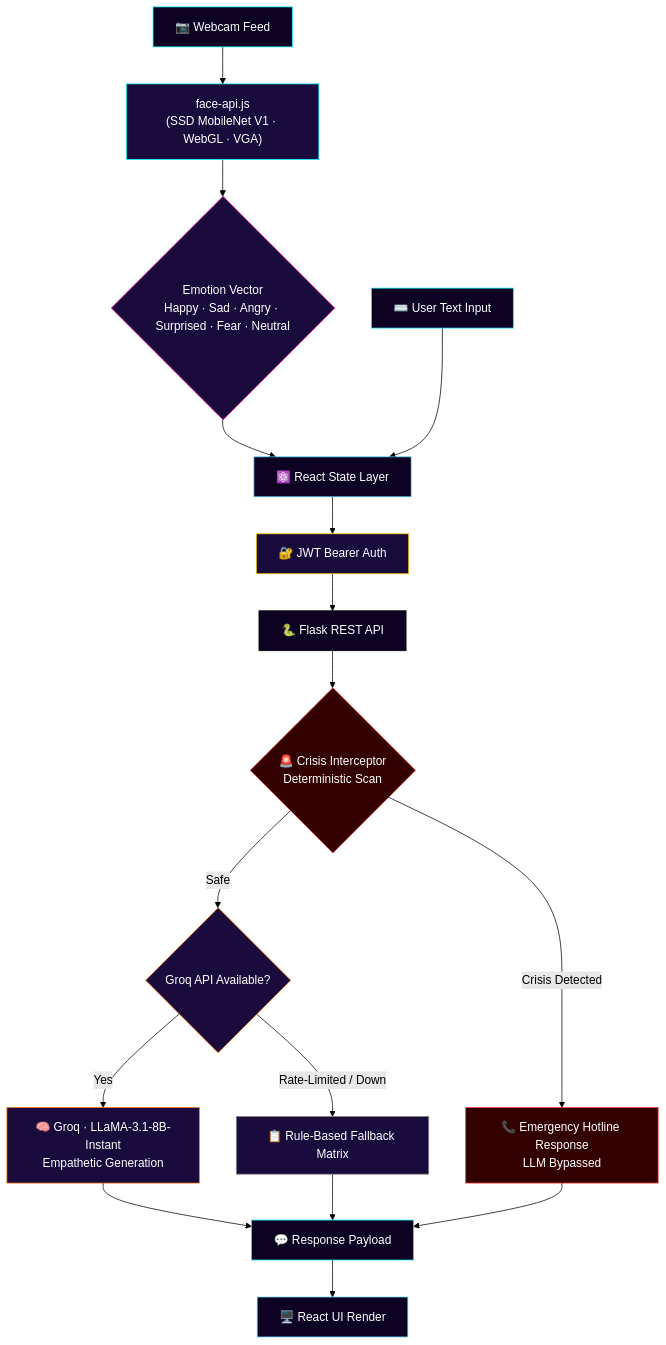
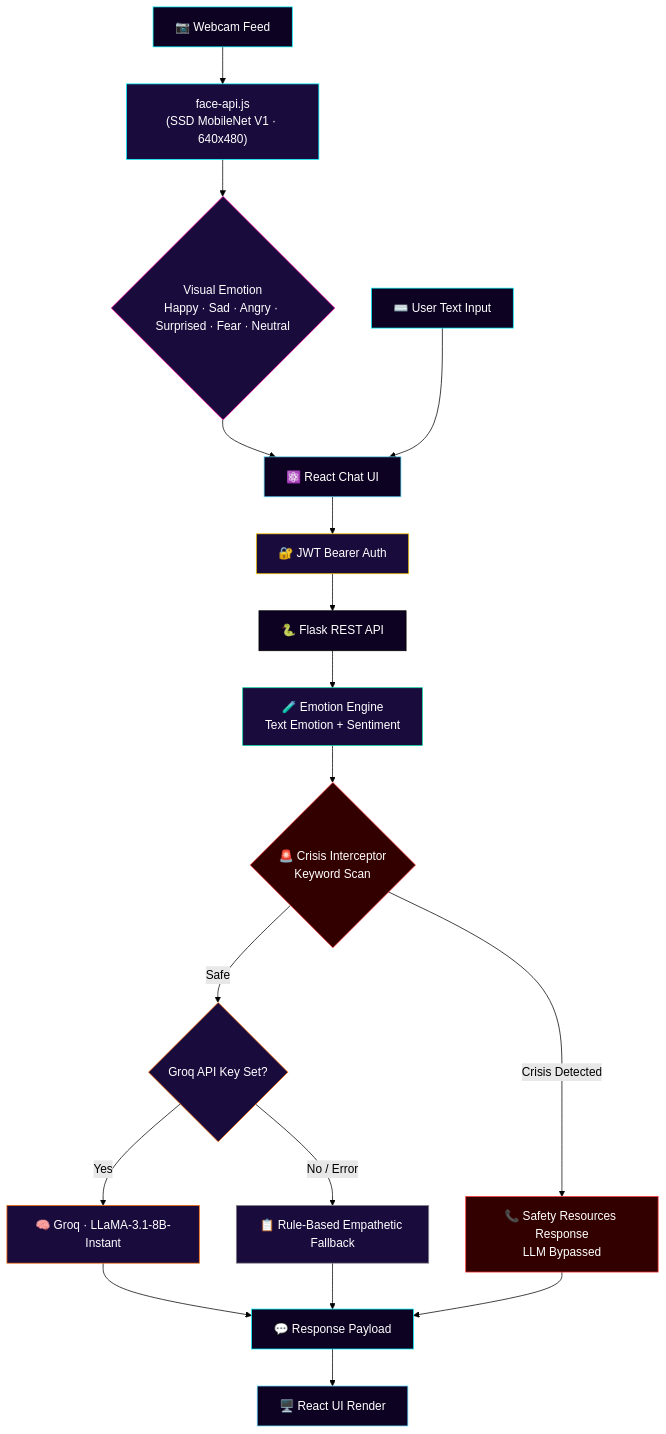
One commit to Madhavan-dev18/Emotion-Aware-AI-Chat-Bot changed the diagram in README.md. Above: the diagram before and after it, drawn with Mermaid (forest theme). The commit also changed other lines of this file, not shown here.

````diff
--- a/README.md
+++ b/README.md
@@ -102,33 +101,35 @@
 ```mermaid
 flowchart TD
-    A[📷 Webcam Feed] --> B["face-api.js<br/>(SSD MobileNet V1 · WebGL · VGA)"]
-    B --> C{Emotion Vector<br/>Happy · Sad · Angry · Surprised · Fear · Neutral}
-    C --> D[⚛️ React State Layer]
+    A[📷 Webcam Feed] --> B["face-api.js<br/>(SSD MobileNet V1 · 640x480)"]
+    B --> C{Visual Emotion<br/>Happy · Sad · Angry · Surprised · Fear · Neutral}
+    C --> D[⚛️ React Chat UI]
     U[⌨️ User Text Input] --> D
     D --> E[🔐 JWT Bearer Auth]
     E --> F[🐍 Flask REST API]
-    F --> G{🚨 Crisis Interceptor<br/>Deterministic Scan}
-    G -->|Crisis Detected| H[📞 Emergency Hotline Response<br/>LLM Bypassed]
-    G -->|Safe| I{Groq API Available?}
-    I -->|Yes| J[🧠 Groq · LLaMA-3.1-8B-Instant<br/>Empathetic Generation]
-    I -->|Rate-Limited / Down| K[📋 Rule-Based Fallback Matrix]
-    J --> L[💬 Response Payload]
-    K --> L
-    H --> L
-    L --> M[🖥️ React UI Render]
+    F --> G[🧪 Emotion Engine<br/>Text Emotion + Sentiment]
+    G --> H{🚨 Crisis Interceptor<br/>Keyword Scan}
+    H -->|Crisis Detected| I[📞 Safety Resources Response<br/>LLM Bypassed]
+    H -->|Safe| J{Groq API Key Set?}
+    J -->|Yes| K[🧠 Groq · LLaMA-3.1-8B-Instant]
+    J -->|No / Error| L[📋 Rule-Based Empathetic Fallback]
+    K --> M[💬 Response Payload]
+    L --> M
+    I --> M
+    M --> N[🖥️ React UI Render]
 
     style A fill:#0d0221,stroke:#00f5ff,color:#fff
     style B fill:#1a0b3d,stroke:#00f5ff,color:#fff
     style C fill:#1a0b3d,stroke:#ff00aa,color:#fff
     style D fill:#0d0221,stroke:#61dafb,color:#fff
     style U fill:#0d0221,stroke:#00f5ff,color:#fff
     style E fill:#1a0b3d,stroke:#ffcc00,color:#fff
     style F fill:#0d0221,stroke:#000,color:#fff
-    style G fill:#330000,stroke:#ff3333,color:#fff
+    style G fill:#1a0b3d,stroke:#06d6a0,color:#fff
     style H fill:#330000,stroke:#ff3333,color:#fff
-    style I fill:#1a0b3d,stroke:#ff6b00,color:#fff
+    style I fill:#330000,stroke:#ff3333,color:#fff
     style J fill:#1a0b3d,stroke:#ff6b00,color:#fff
-    style K fill:#1a0b3d,stroke:#888,color:#fff
-    style L fill:#0d0221,stroke:#00f5ff,color:#fff
-    style M fill:#0d0221,stroke:#61dafb,color:#fff
+    style K fill:#1a0b3d,stroke:#ff6b00,color:#fff
+    style L fill:#1a0b3d,stroke:#888,color:#fff
+    style M fill:#0d0221,stroke:#00f5ff,color:#fff
+    style N fill:#0d0221,stroke:#61dafb,color:#fff
 ```
````
